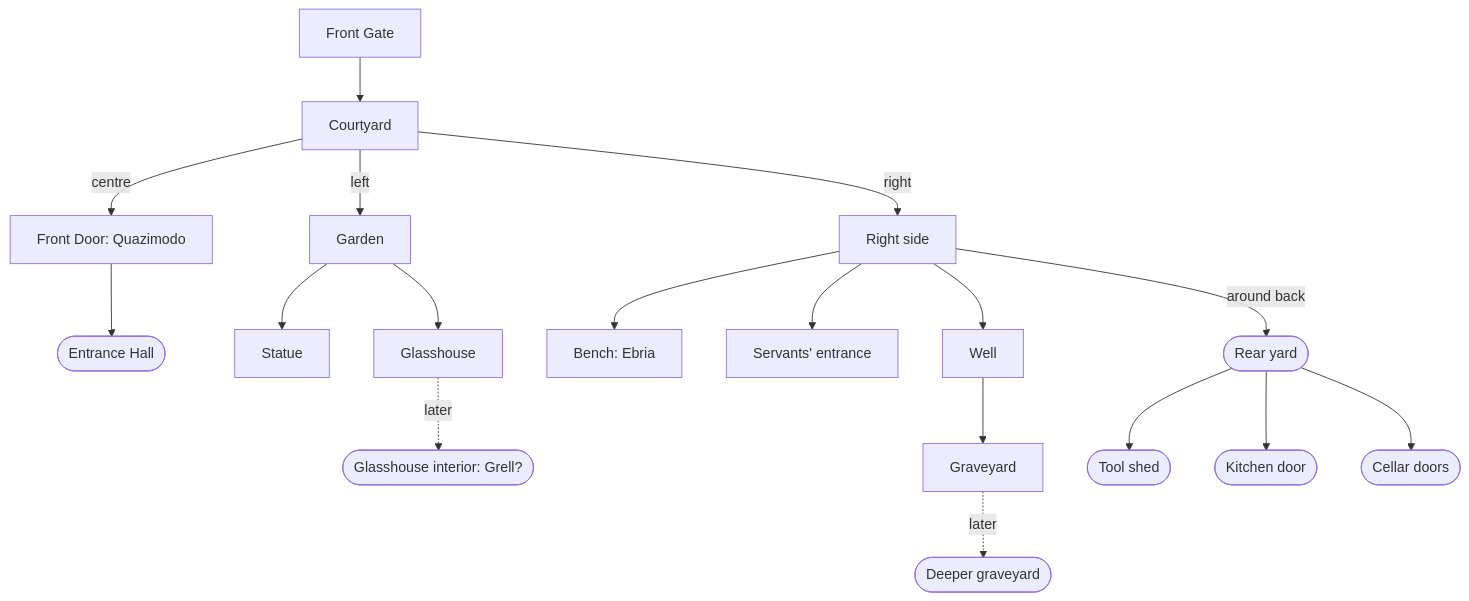
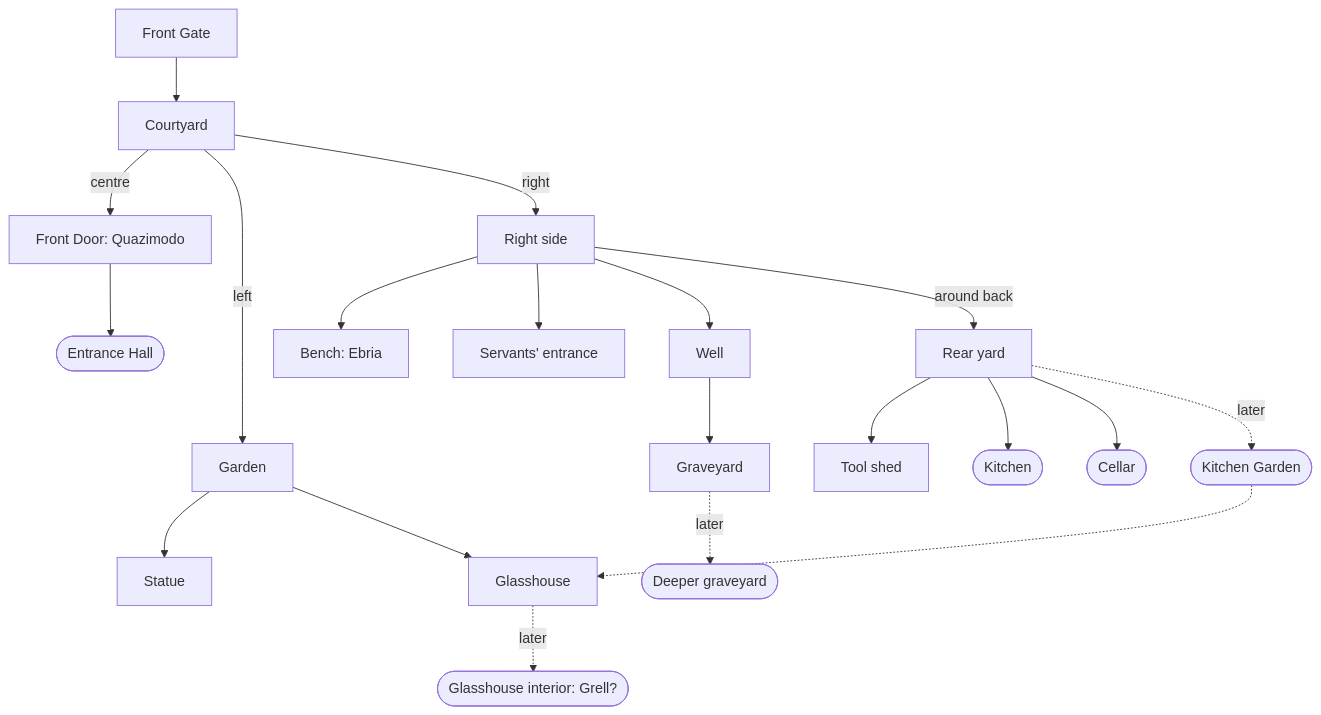
The diagram in PUZZLES.md (jamesmcmahondk-oss/The-Mansion), drawn with Mermaid before and after one commit. The commit also changed other lines of this file and 8 other files, not shown here.

First line of the commit message:
Add the Rear Yard (service side of the Mansion)

````diff
--- a/PUZZLES.md
+++ b/PUZZLES.md
@@ -23,10 +23,11 @@
 ```mermaid
 flowchart TD
     GATE[Front Gate] --> COURT[Courtyard]
     COURT -->|centre| DOOR[Front Door: Quazimodo] --> HALL([Entrance Hall])
     COURT -->|left| GARDEN[Garden] --> STATUE[Statue] & GLASS[Glasshouse]
     GLASS -.later.-> GLASSIN([Glasshouse interior: Grell?])
     COURT -->|right| RIGHT[Right side] --> BENCH[Bench: Ebria] & SERV[Servants' entrance] & WELL[Well]
     WELL --> GRAVE[Graveyard] -.later.-> DEEP([Deeper graveyard])
-    RIGHT -->|around back| REAR([Rear yard]) --> SHED([Tool shed]) & KITCHEN([Kitchen door]) & CELLAR([Cellar doors])
+    RIGHT -->|around back| REAR[Rear yard] --> SHED[Tool shed] & KITCHEN([Kitchen]) & CELLAR([Cellar])
+    REAR -.later.-> KGARDEN([Kitchen Garden]) -.-> GLASS
 ```
````
